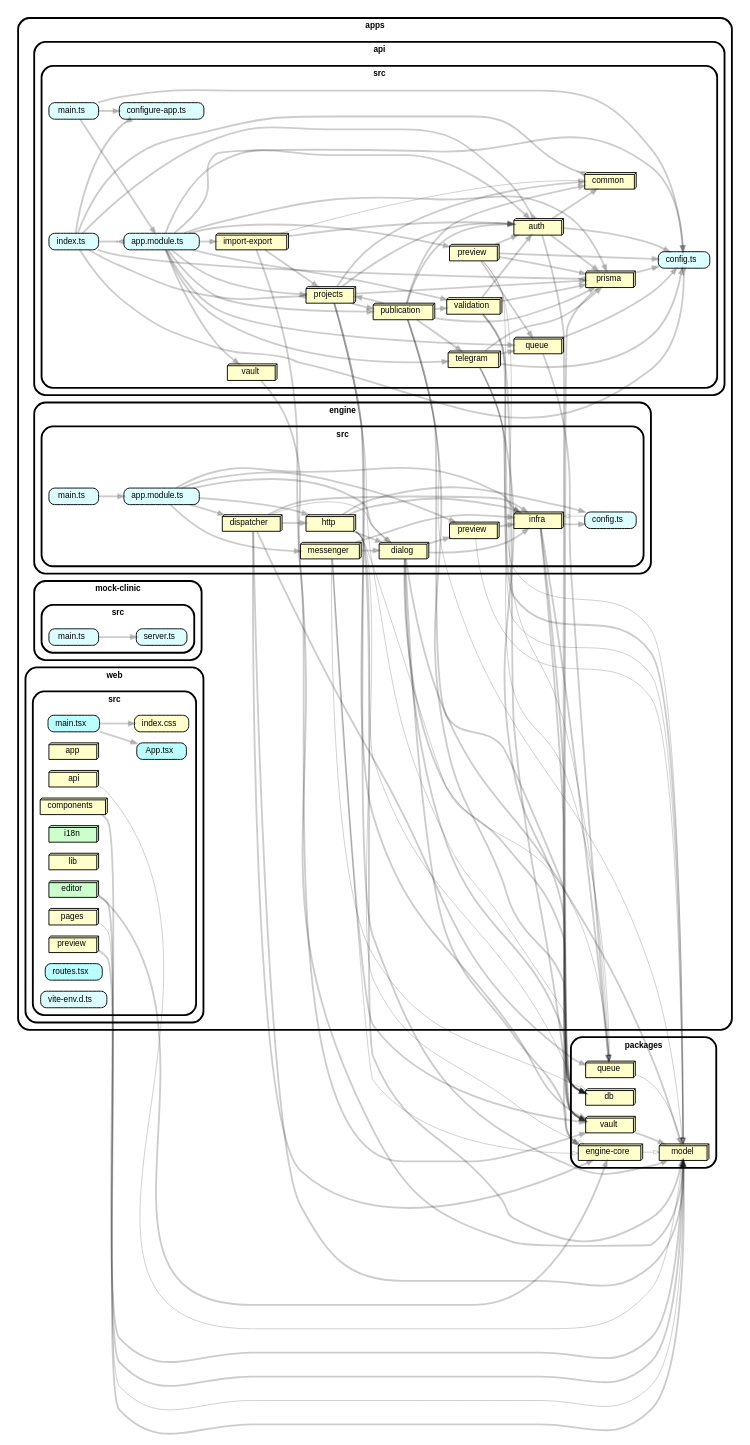
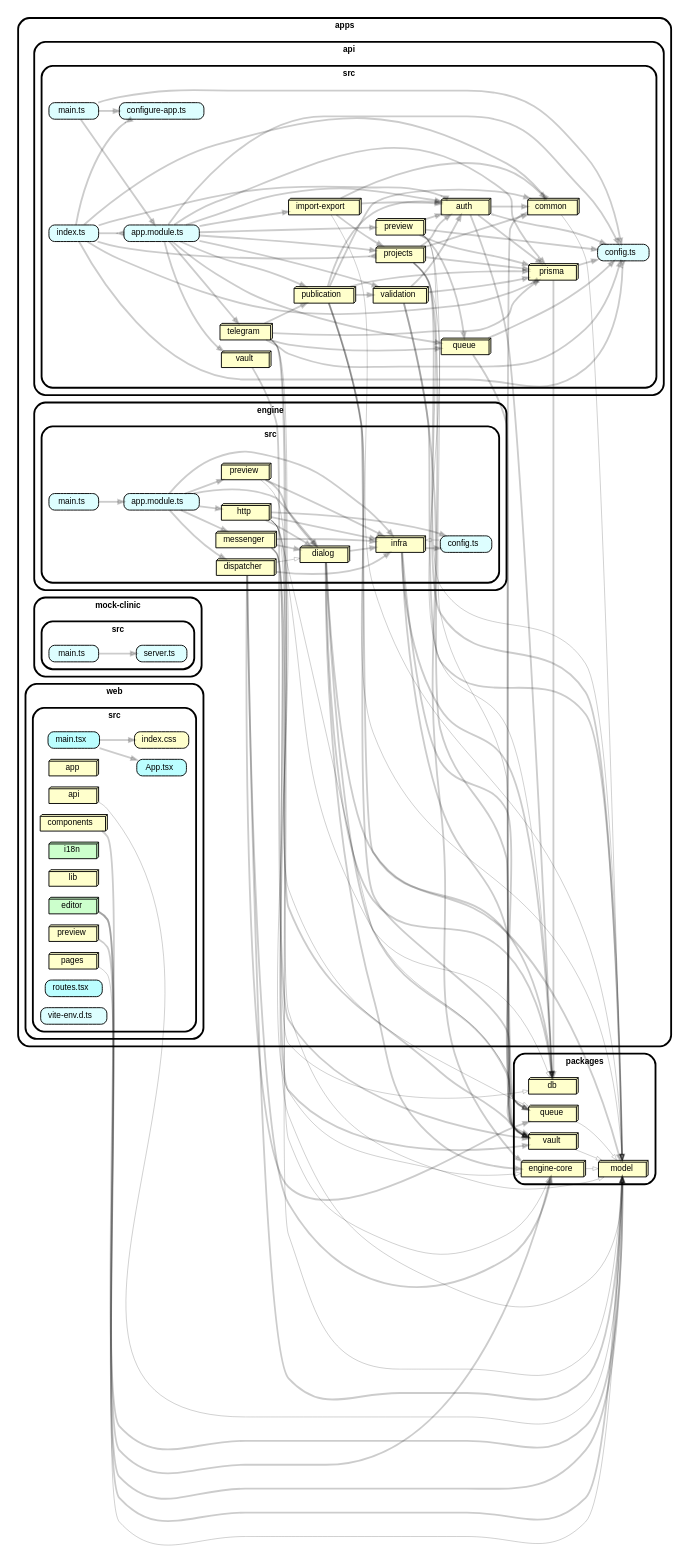
One commit to Denmurzik/chatbot-builder changed the diagram in docs/architecture/modules.dot. Above: the diagram before and after it, drawn with Graphviz. The commit also changed 54 other files, not shown here.

```diff
--- a/docs/architecture/modules.dot
+++ b/docs/architecture/modules.dot
@@ -21,13 +21,15 @@
     "apps/api/src/auth" -> "apps/api/src/prisma"
     "apps/api/src/auth" -> "packages/db"
     subgraph "cluster_apps" {label="apps" subgraph "cluster_apps/api" {label="api" subgraph "cluster_apps/api/src" {label="src" "apps/api/src/common" [label=<common> tooltip="common" URL="apps/api/src/common" shape="box3d"] } } }
+    "apps/api/src/common" -> "packages/model" [arrowhead="onormal" penwidth="1.0"]
+    "apps/api/src/common" -> "packages/vault"
     subgraph "cluster_apps" {label="apps" subgraph "cluster_apps/api" {label="api" subgraph "cluster_apps/api/src" {label="src" "apps/api/src/config.ts" [label=<config.ts> tooltip="config.ts" URL="apps/api/src/config.ts" fillcolor="#ddfeff"] } } }
     subgraph "cluster_apps" {label="apps" subgraph "cluster_apps/api" {label="api" subgraph "cluster_apps/api/src" {label="src" "apps/api/src/configure-app.ts" [label=<configure-app.ts> tooltip="configure-app.ts" URL="apps/api/src/configure-app.ts" fillcolor="#ddfeff"] } } }
     subgraph "cluster_apps" {label="apps" subgraph "cluster_apps/api" {label="api" subgraph "cluster_apps/api/src" {label="src" "apps/api/src/import-export" [label=<import-export> tooltip="import-export" URL="apps/api/src/import-export" shape="box3d"] } } }
     "apps/api/src/import-export" -> "apps/api/src/auth"
     "apps/api/src/import-export" -> "apps/api/src/projects"
-    "apps/api/src/import-export" -> "apps/api/src/common" [arrowhead="onormal" penwidth="1.0"]
-    "apps/api/src/import-export" -> "packages/model"
+    "apps/api/src/import-export" -> "apps/api/src/common"
+    "apps/api/src/import-export" -> "packages/model" [arrowhead="onormal" penwidth="1.0"]
     subgraph "cluster_apps" {label="apps" subgraph "cluster_apps/api" {label="api" subgraph "cluster_apps/api/src" {label="src" "apps/api/src/index.ts" [label=<index.ts> tooltip="index.ts" URL="apps/api/src/index.ts" fillcolor="#ddfeff"] } } }
     "apps/api/src/index.ts" -> "apps/api/src/app.module.ts" [arrowhead="inv"]
     "apps/api/src/index.ts" -> "apps/api/src/auth" [arrowhead="inv"]
@@ -42,9 +44,9 @@
     "apps/api/src/main.ts" -> "apps/api/src/configure-app.ts"
     subgraph "cluster_apps" {label="apps" subgraph "cluster_apps/api" {label="api" subgraph "cluster_apps/api/src" {label="src" "apps/api/src/preview" [label=<preview> tooltip="preview" URL="apps/api/src/preview" shape="box3d"] } } }
     "apps/api/src/preview" -> "apps/api/src/auth"
+    "apps/api/src/preview" -> "apps/api/src/prisma"
     "apps/api/src/preview" -> "packages/model" [arrowhead="onormal" penwidth="1.0"]
     "apps/api/src/preview" -> "apps/api/src/config.ts"
-    "apps/api/src/preview" -> "apps/api/src/prisma"
     "apps/api/src/preview" -> "apps/api/src/queue"
     "apps/api/src/preview" -> "packages/queue" [arrowhead="onormal" penwidth="1.0"]
     subgraph "cluster_apps" {label="apps" subgraph "cluster_apps/api" {label="api" subgraph "cluster_apps/api/src" {label="src" "apps/api/src/prisma" [label=<prisma> tooltip="prisma" URL="apps/api/src/prisma" shape="box3d"] } } }
@@ -52,26 +54,24 @@
     "apps/api/src/prisma" -> "packages/db"
     subgraph "cluster_apps" {label="apps" subgraph "cluster_apps/api" {label="api" subgraph "cluster_apps/api/src" {label="src" "apps/api/src/projects" [label=<projects> tooltip="projects" URL="apps/api/src/projects" shape="box3d"] } } }
     "apps/api/src/projects" -> "apps/api/src/auth"
-    "apps/api/src/projects" -> "apps/api/src/publication"
     "apps/api/src/projects" -> "apps/api/src/common"
     "apps/api/src/projects" -> "packages/model"
     "apps/api/src/projects" -> "apps/api/src/prisma"
     "apps/api/src/projects" -> "packages/db" [arrowhead="onormal" penwidth="1.0"]
     "apps/api/src/projects" -> "packages/vault"
     subgraph "cluster_apps" {label="apps" subgraph "cluster_apps/api" {label="api" subgraph "cluster_apps/api/src" {label="src" "apps/api/src/publication" [label=<publication> tooltip="publication" URL="apps/api/src/publication" shape="box3d"] } } }
-    "apps/api/src/publication" -> "packages/model" [arrowhead="onormal" penwidth="1.0"]
-    "apps/api/src/publication" -> "packages/vault"
     "apps/api/src/publication" -> "apps/api/src/auth"
-    "apps/api/src/publication" -> "apps/api/src/projects"
-    "apps/api/src/publication" -> "apps/api/src/telegram"
+    "apps/api/src/publication" -> "apps/api/src/common"
     "apps/api/src/publication" -> "apps/api/src/validation"
     "apps/api/src/publication" -> "apps/api/src/prisma"
     "apps/api/src/publication" -> "packages/db"
-    "apps/api/src/publication" -> "apps/api/src/common"
+    "apps/api/src/publication" -> "packages/model" [arrowhead="onormal" penwidth="1.0"]
+    "apps/api/src/publication" -> "packages/vault"
     subgraph "cluster_apps" {label="apps" subgraph "cluster_apps/api" {label="api" subgraph "cluster_apps/api/src" {label="src" "apps/api/src/queue" [label=<queue> tooltip="queue" URL="apps/api/src/queue" shape="box3d"] } } }
     "apps/api/src/queue" -> "apps/api/src/config.ts"
     "apps/api/src/queue" -> "packages/queue"
     subgraph "cluster_apps" {label="apps" subgraph "cluster_apps/api" {label="api" subgraph "cluster_apps/api/src" {label="src" "apps/api/src/telegram" [label=<telegram> tooltip="telegram" URL="apps/api/src/telegram" shape="box3d"] } } }
+    "apps/api/src/telegram" -> "apps/api/src/publication"
     "apps/api/src/telegram" -> "apps/api/src/prisma"
     "apps/api/src/telegram" -> "apps/api/src/queue"
     "apps/api/src/telegram" -> "packages/queue" [arrowhead="onormal" penwidth="1.0"]
@@ -98,23 +98,21 @@
     "apps/engine/src/dialog" -> "packages/engine-core"
     "apps/engine/src/dialog" -> "packages/db"
     "apps/engine/src/dialog" -> "apps/engine/src/infra"
-    "apps/engine/src/dialog" -> "apps/engine/src/preview"
     "apps/engine/src/dialog" -> "packages/model"
     "apps/engine/src/dialog" -> "packages/vault"
     subgraph "cluster_apps" {label="apps" subgraph "cluster_apps/engine" {label="engine" subgraph "cluster_apps/engine/src" {label="src" "apps/engine/src/dispatcher" [label=<dispatcher> tooltip="dispatcher" URL="apps/engine/src/dispatcher" shape="box3d"] } } }
-    "apps/engine/src/dispatcher" -> "apps/engine/src/http"
     "apps/engine/src/dispatcher" -> "apps/engine/src/dialog" [arrowhead="onormal" penwidth="1.0"]
     "apps/engine/src/dispatcher" -> "apps/engine/src/infra"
     "apps/engine/src/dispatcher" -> "packages/engine-core"
     "apps/engine/src/dispatcher" -> "packages/model"
     "apps/engine/src/dispatcher" -> "packages/queue"
     subgraph "cluster_apps" {label="apps" subgraph "cluster_apps/engine" {label="engine" subgraph "cluster_apps/engine/src" {label="src" "apps/engine/src/http" [label=<http> tooltip="http" URL="apps/engine/src/http" shape="box3d"] } } }
+    "apps/engine/src/http" -> "apps/engine/src/infra"
+    "apps/engine/src/http" -> "packages/db" [arrowhead="onormal" penwidth="1.0"]
+    "apps/engine/src/http" -> "packages/model" [arrowhead="onormal" penwidth="1.0"]
+    "apps/engine/src/http" -> "packages/queue" [arrowhead="onormal" penwidth="1.0"]
     "apps/engine/src/http" -> "apps/engine/src/config.ts"
     "apps/engine/src/http" -> "apps/engine/src/dialog"
-    "apps/engine/src/http" -> "apps/engine/src/infra"
-    "apps/engine/src/http" -> "packages/db" [arrowhead="onormal" penwidth="1.0"]
-    "apps/engine/src/http" -> "packages/queue" [arrowhead="onormal" penwidth="1.0"]
-    "apps/engine/src/http" -> "packages/model"
     "apps/engine/src/http" -> "packages/engine-core" [arrowhead="onormal" penwidth="1.0"]
     subgraph "cluster_apps" {label="apps" subgraph "cluster_apps/engine" {label="engine" subgraph "cluster_apps/engine/src" {label="src" "apps/engine/src/infra" [label=<infra> tooltip="infra" URL="apps/engine/src/infra" shape="box3d"] } } }
     "apps/engine/src/infra" -> "apps/engine/src/config.ts"
@@ -130,6 +128,7 @@
     "apps/engine/src/messenger" -> "packages/engine-core" [arrowhead="onormal" penwidth="1.0"]
     "apps/engine/src/messenger" -> "packages/vault"
     subgraph "cluster_apps" {label="apps" subgraph "cluster_apps/engine" {label="engine" subgraph "cluster_apps/engine/src" {label="src" "apps/engine/src/preview" [label=<preview> tooltip="preview" URL="apps/engine/src/preview" shape="box3d"] } } }
+    "apps/engine/src/preview" -> "apps/engine/src/dialog"
     "apps/engine/src/preview" -> "apps/engine/src/infra"
     "apps/engine/src/preview" -> "packages/model" [arrowhead="onormal" penwidth="1.0"]
     subgraph "cluster_apps" {label="apps" subgraph "cluster_apps/mock-clinic" {label="mock-clinic" subgraph "cluster_apps/mock-clinic/src" {label="src" "apps/mock-clinic/src/main.ts" [label=<main.ts> tooltip="main.ts" URL="apps/mock-clinic/src/main.ts" fillcolor="#ddfeff"] } } }
@@ -163,5 +162,5 @@
     subgraph "cluster_packages" {label="packages" "packages/queue" [label=<queue> tooltip="queue" URL="packages/queue" shape="box3d"] }
     "packages/queue" -> "packages/model" [arrowhead="onormal" penwidth="1.0"]
     subgraph "cluster_packages" {label="packages" "packages/vault" [label=<vault> tooltip="vault" URL="packages/vault" shape="box3d"] }
-    "packages/vault" -> "packages/model"
+    "packages/vault" -> "packages/model" [arrowhead="onormal" penwidth="1.0"]
 }
```
